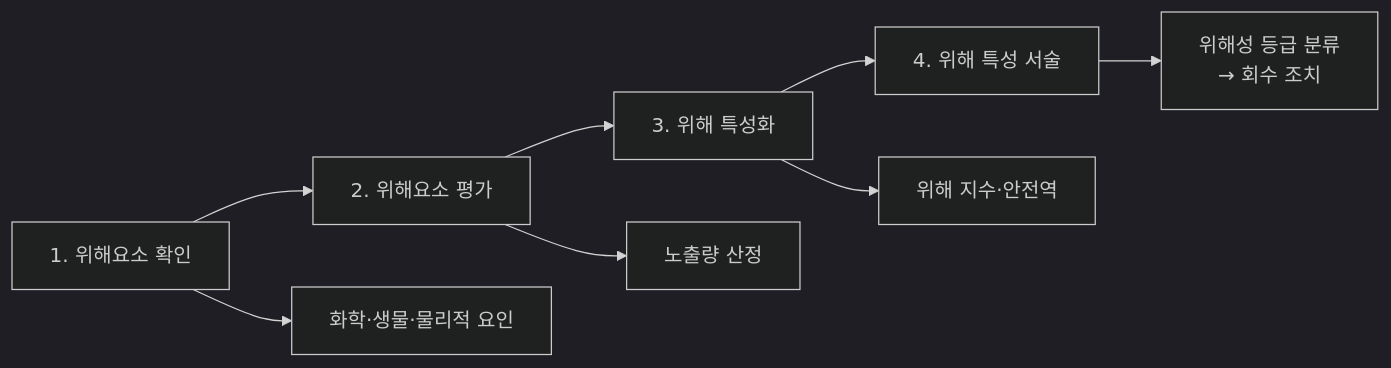
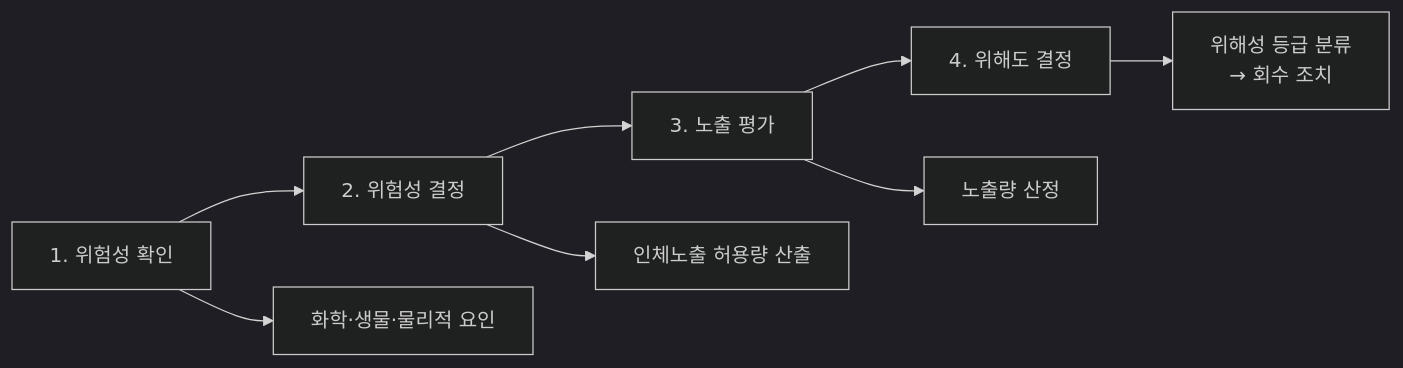
One commit to skygoldlee-cyber/Personalized_Skincare changed the fourth of 4 diagrams in content/참조자료/과목2/2과목_핵심요약.md. Above: the diagram before and after it, drawn with Mermaid (dark theme). The commit also changed other lines of this file and 5 other files, not shown here.

````diff
--- a/content/참조자료/과목2/2과목_핵심요약.md
+++ b/content/참조자료/과목2/2과목_핵심요약.md
@@ -88,10 +88,10 @@
 ```mermaid
 flowchart LR
-  A[1. 위해요소 확인] --> B[2. 위해요소 평가]
-  B --> C[3. 위해 특성화]
-  C --> D[4. 위해 특성 서술]
+  A[1. 위험성 확인] --> B[2. 위험성 결정]
+  B --> C[3. 노출 평가]
+  C --> D[4. 위해도 결정]
   A --> A1[화학·생물·물리적 요인]
-  B --> B1[노출량 산정]
-  C --> C1[위해 지수·안전역]
+  B --> B1[인체노출 허용량 산출]
+  C --> C1[노출량 산정]
   D --> D1[위해성 등급 분류<br/>→ 회수 조치]
 ```
````
